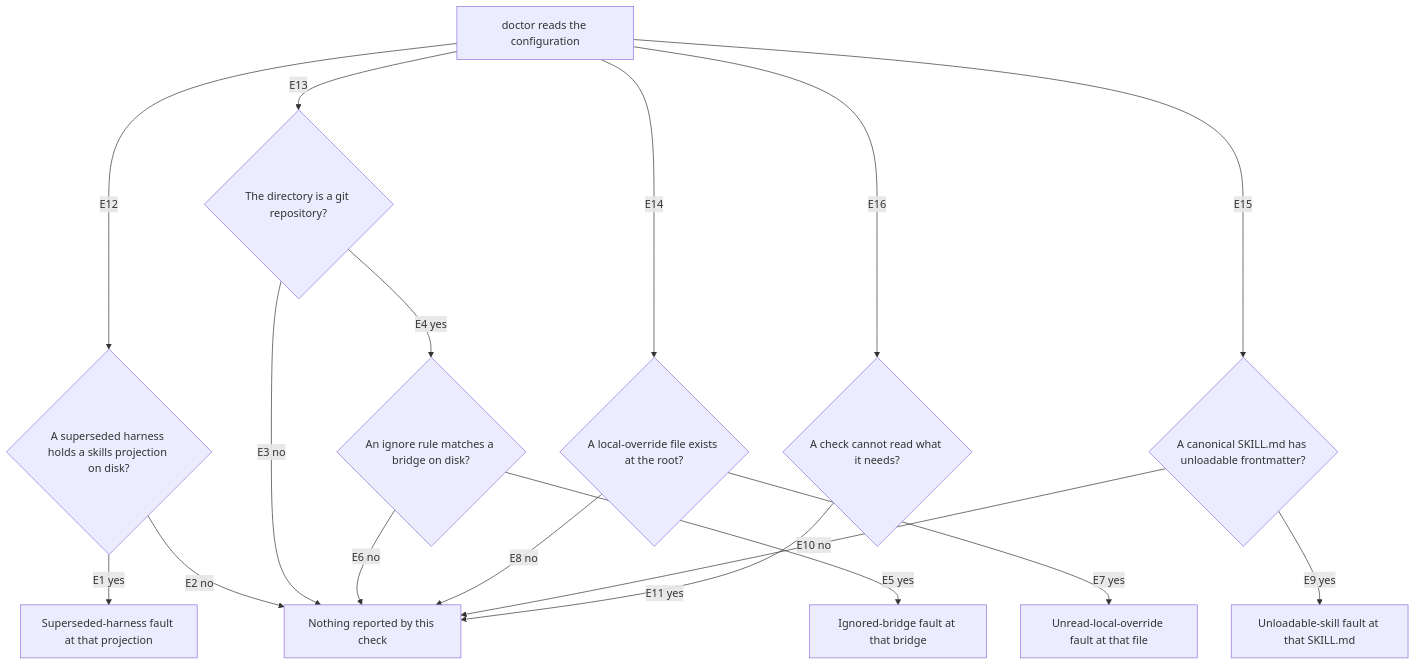
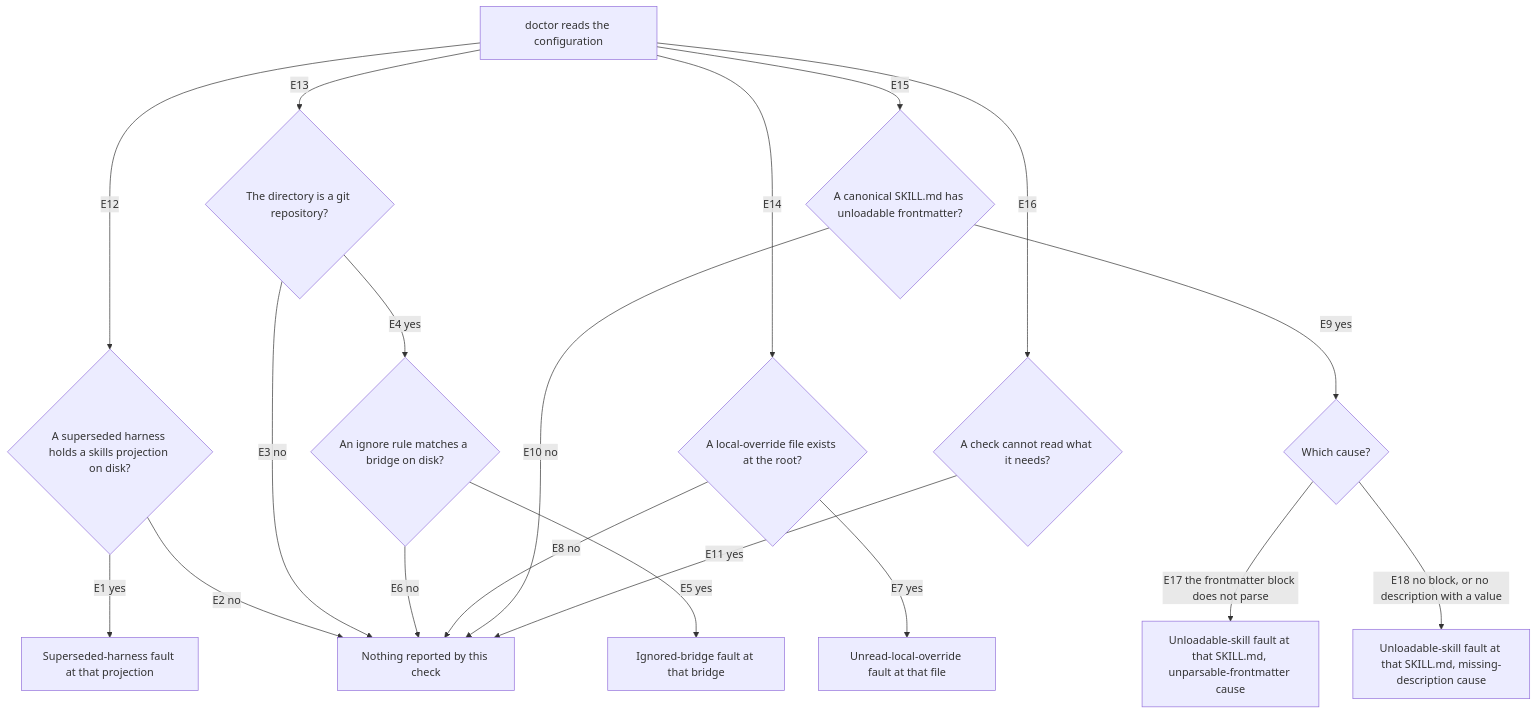
The diagram in packages/buddy-agent-harness/.agents/spec/configuration-diagnosis/graph.md (repobuddy/buddy-agent-harness), drawn with Mermaid before and after one commit. The commit also changed 29 other files, not shown here.

````diff
--- a/packages/buddy-agent-harness/.agents/spec/configuration-diagnosis/graph.md
+++ b/packages/buddy-agent-harness/.agents/spec/configuration-diagnosis/graph.md
@@ -5,19 +5,21 @@
 ```mermaid
 flowchart TD
   S[doctor reads the configuration] -->|E12| B{A superseded harness holds a skills projection on disk?}
   B -->|E1 yes| O1[Superseded-harness fault at that projection]
   B -->|E2 no| N[Nothing reported by this check]
   S -->|E13| G{The directory is a git repository?}
   G -->|E3 no| N
   G -->|E4 yes| G2{An ignore rule matches a bridge on disk?}
   G2 -->|E5 yes| O2[Ignored-bridge fault at that bridge]
   G2 -->|E6 no| N
   S -->|E14| L{A local-override file exists at the root?}
   L -->|E7 yes| O3[Unread-local-override fault at that file]
   L -->|E8 no| N
   S -->|E15| K{A canonical SKILL.md has unloadable frontmatter?}
-  K -->|E9 yes| O4[Unloadable-skill fault at that SKILL.md]
+  K -->|E9 yes| C{Which cause?}
+  C -->|E17 the frontmatter block does not parse| O4[Unloadable-skill fault at that SKILL.md, unparsable-frontmatter cause]
+  C -->|E18 no block, or no description with a value| O5[Unloadable-skill fault at that SKILL.md, missing-description cause]
   K -->|E10 no| N
   S -->|E16| X{A check cannot read what it needs?}
   X -->|E11 yes| N
 ```
````
